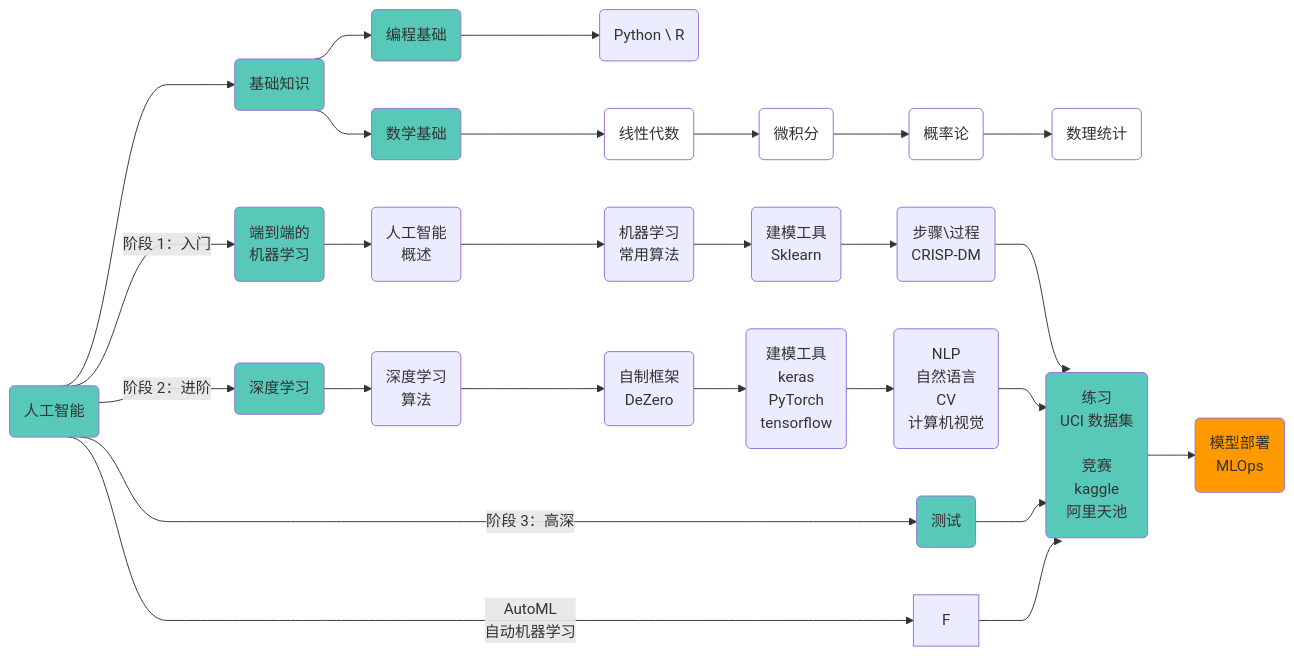
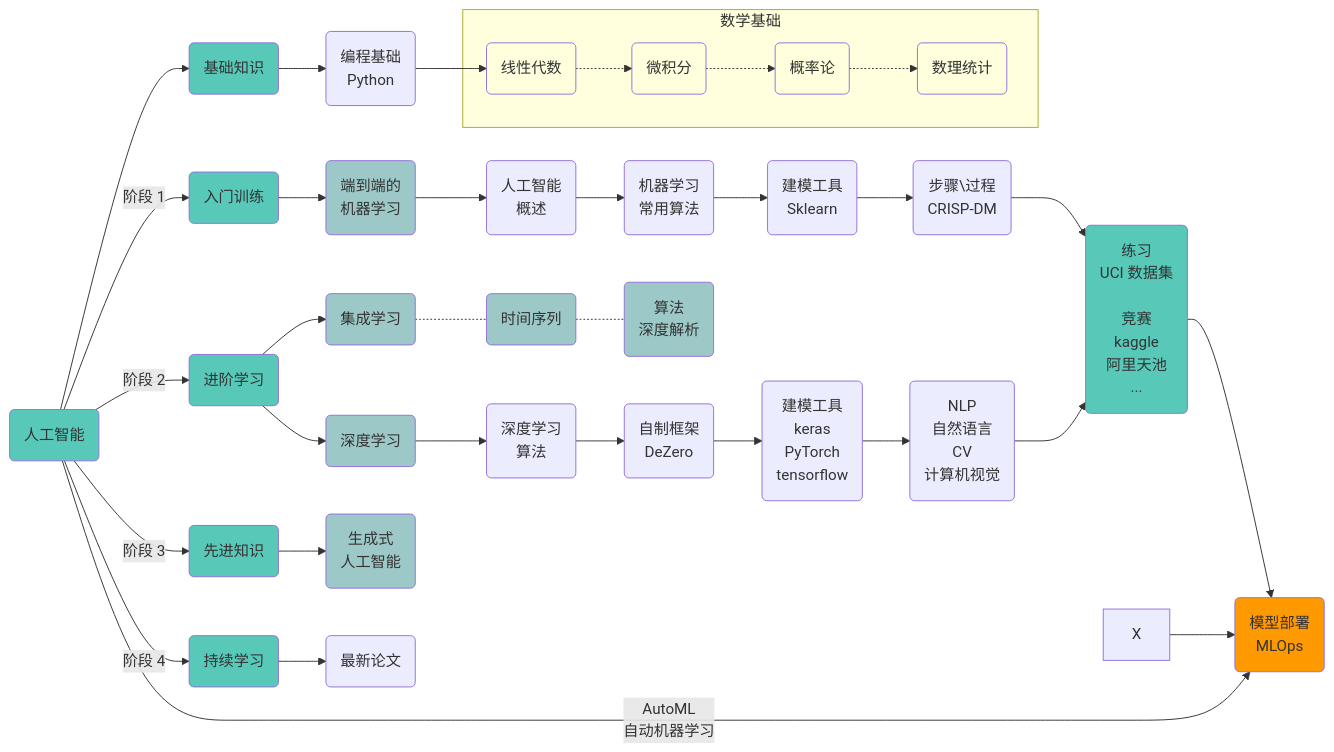
Before and after one commit to wenwangjain/wenwangjain.github.io: the second of 2 diagrams in content/docs/ai/_index.zh-cn.md, drawn with Mermaid. The commit also changed other lines of this file, not shown here.

````diff
--- a/content/docs/ai/_index.zh-cn.md
+++ b/content/docs/ai/_index.zh-cn.md
@@ -62,43 +72,52 @@
 ```mermaid
-%%{ init: { 'flowchart': { 'curve': 'bumpX', 'styles': {
-   'stroke-width': '1px'
-} } } }%%
 
 flowchart LR
     A(人工智能):::someclassA --> B(基础知识):::someclassA 
         classDef someclassA fill:#58C9B9
         classDef someclassB fill:#9DC8C8
-        classDef someclassC fill:#f100
+        classDef someclassC fill:#f100,stroke-width:1px
         classDef someclassD fill:#a3c9c7
-        classDef someclassE fill:#fff,stroke:#fff,stroke-width:0.5px
+        classDef someclassE fill:#fff,stroke:#fff,color:#fff
         classDef someclassF fill:#ff9900
 
-    A -- 阶段 1：入门 --> C(端到端的<br>机器学习):::someclassA
-    A -- 阶段 2：进阶 --> D(深度学习):::someclassA
-    A -- 阶段 3：高深 --> E(测试):::someclassA
-    A -- AutoML<br>自动机器学习 --> F
+    A -- 阶段 1 --> C(入门训练):::someclassA
+    A -- 阶段 2 --> D(进阶学习):::someclassA
+    A -- 阶段 3 --> E(先进知识):::someclassA
+    A -- 阶段 4 --> F(持续学习):::someclassA
+    A -- AutoML<br>自动机器学习 --> Z
 
 
-    B --> B1(编程基础):::someclassA --> B11(Python \ R)  
-    B --> B2(数学基础):::someclassA --> B21(线性代数):::someclassC --> B22(微积分):::someclassC --> B23(概率论):::someclassC --> B24(数理统计):::someclassC
+
+    B --> B1(编程基础<br>Python) --> B2(线性代数):::someclassC
+    subgraph 数学基础
+    B2 -.-> B3(微积分):::someclassC -.-> B4(概率论):::someclassC -.-> B5(数理统计):::someclassC  
+    end
     
+
     
-    C --> C11(人工智能<br>概述) --> C12(机器学习<br>常用算法) --> C13(建模工具<br>Sklearn) --> C14(步骤\过程<br>CRISP-DM)
-    C14 --> Y 
+    C --> C11(端到端的<br>机器学习):::someclassB --> C12(人工智能<br>概述) --> C13(机器学习<br>常用算法) --> C14(建模工具<br>Sklearn) --> C15(步骤\过程<br>CRISP-DM)
+    C15 --> Y 
 
 
-    D --> D11(深度学习<br>算法) --> D12(自制框架<br>DeZero) --> D13(建模工具<br>keras<br>PyTorch<br>tensorflow) --> D14(NLP<br>自然语言<br>CV<br>计算机视觉)
-    D14 --> Y
+
+    D --> D11(集成学习):::someclassB -.- D12(时间序列):::someclassB -.- D13(算法<br>深度解析):::someclassB
+    D --> D21(深度学习):::someclassB --> D22(深度学习<br>算法) --> D23(自制框架<br>DeZero) --> D24(建模工具<br>keras<br>PyTorch<br>tensorflow) --> D25(NLP<br>自然语言<br>CV<br>计算机视觉)
+    D25 --> Y
+    
 
 
-    E --> Y
-    F --> Y
+    E --> E11(生成式<br>人工智能):::someclassB
 
+    F --> F11(最新论文) 
 
-    Y(练习<br>UCI 数据集<br><br>竞赛<br>kaggle<br>阿里天池):::someclassA
+    Y(练习<br>UCI 数据集<br><br>竞赛<br>kaggle<br>阿里天池<br>...):::someclassA
+
 
     Y --> Z
 
     Z(模型部署<br>MLOps):::someclassF
 
+    
+    X --> Z
+
 ```
````
